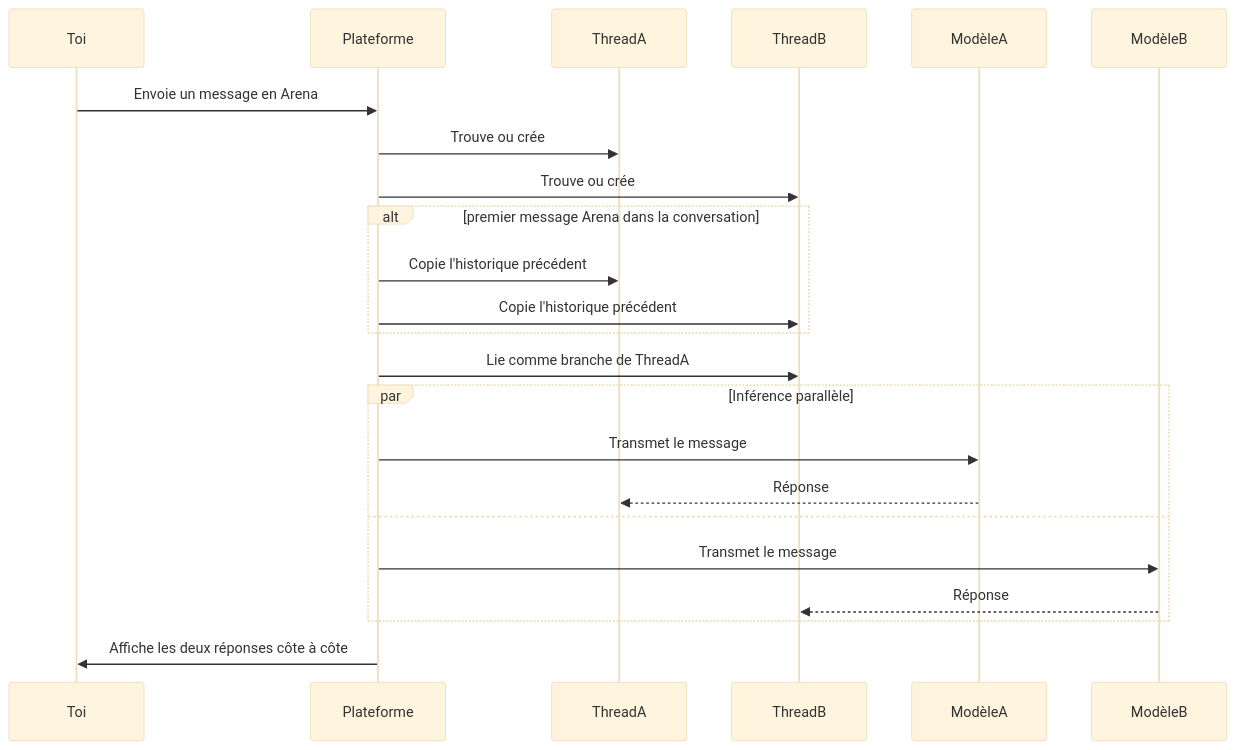
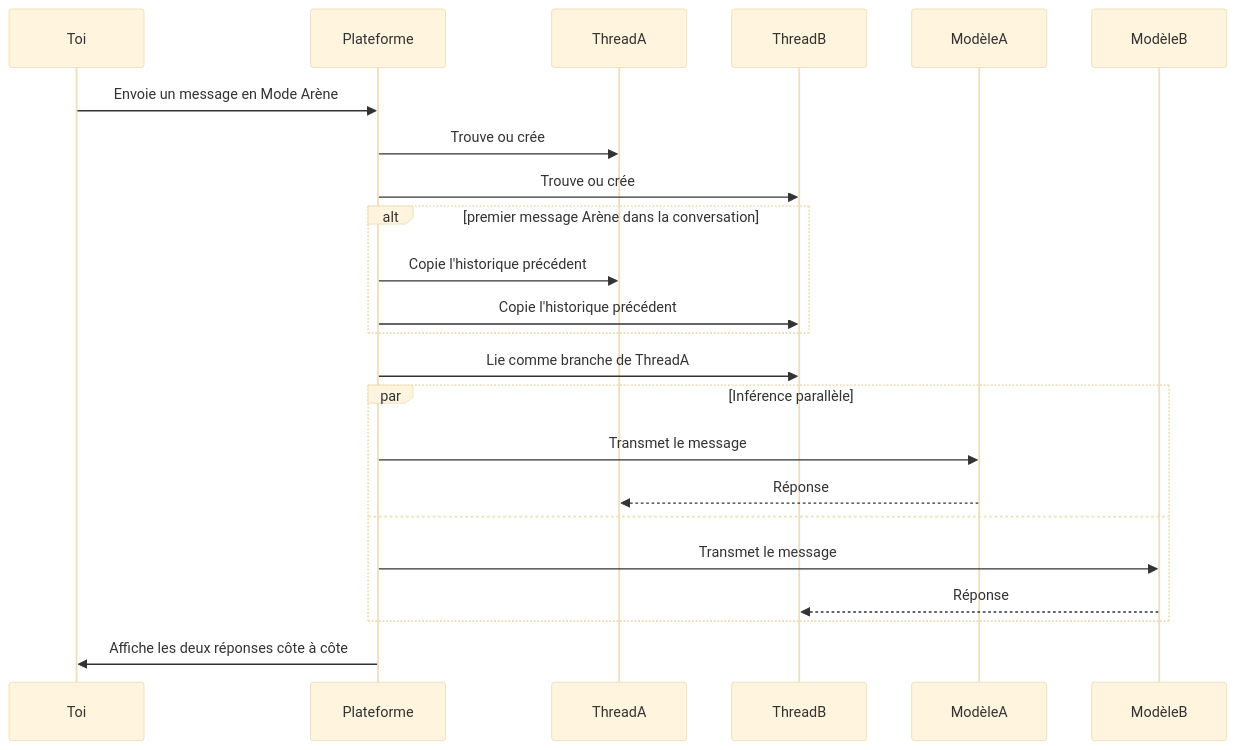
One commit to tale-project/tale changed the diagram in docs/fr/platform/chat/arena-mode.md. Above: the diagram before and after it, drawn with Mermaid (base theme). The commit also changed other lines of this file and 178 other files, not shown here.

````diff
--- a/docs/fr/platform/chat/arena-mode.md
+++ b/docs/fr/platform/chat/arena-mode.md
@@ -55,26 +55,26 @@
 ```mermaid
 sequenceDiagram
     participant Toi
     participant Plateforme
     participant ThreadA
     participant ThreadB
     participant ModèleA
     participant ModèleB
 
-    Toi->>Plateforme: Envoie un message en Arena
+    Toi->>Plateforme: Envoie un message en Mode Arène
     Plateforme->>ThreadA: Trouve ou crée
     Plateforme->>ThreadB: Trouve ou crée
-    alt premier message Arena dans la conversation
+    alt premier message Arène dans la conversation
         Plateforme->>ThreadA: Copie l'historique précédent
         Plateforme->>ThreadB: Copie l'historique précédent
     end
     Plateforme->>ThreadB: Lie comme branche de ThreadA
     par Inférence parallèle
         Plateforme->>ModèleA: Transmet le message
         ModèleA-->>ThreadA: Réponse
     and
         Plateforme->>ModèleB: Transmet le message
         ModèleB-->>ThreadB: Réponse
     end
     Plateforme->>Toi: Affiche les deux réponses côte à côte
 ```
````
